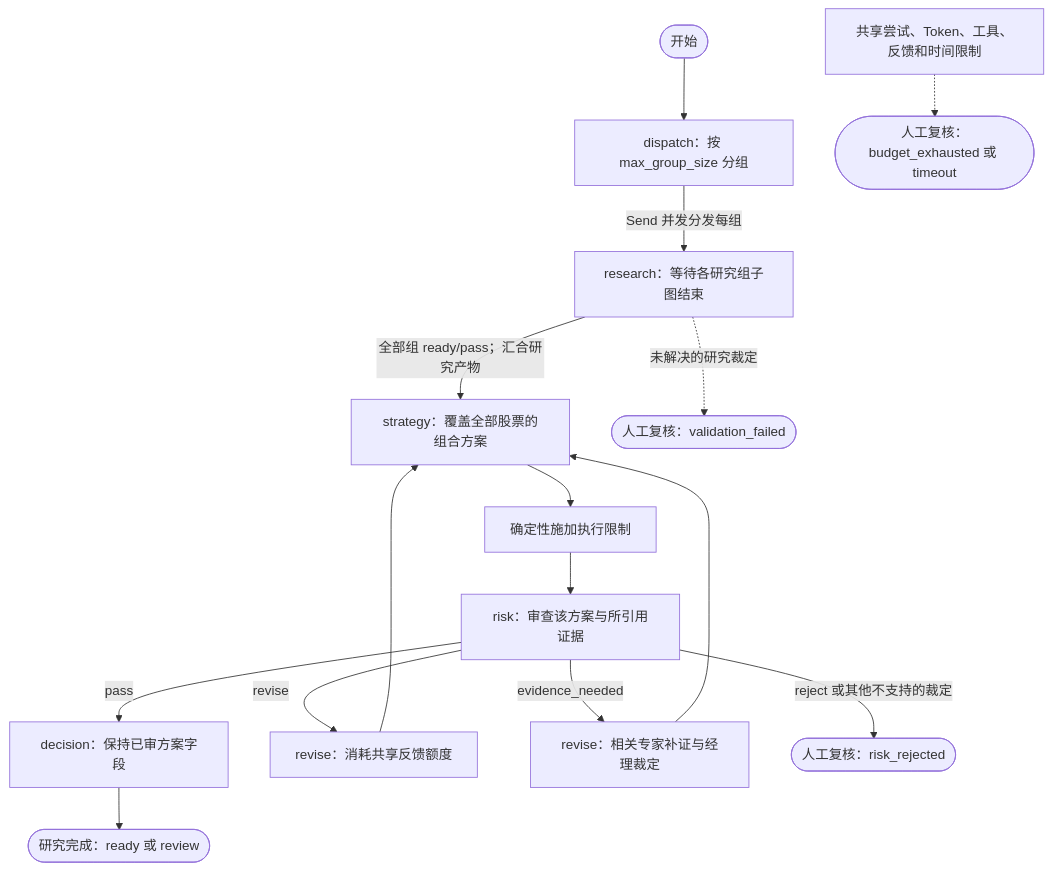
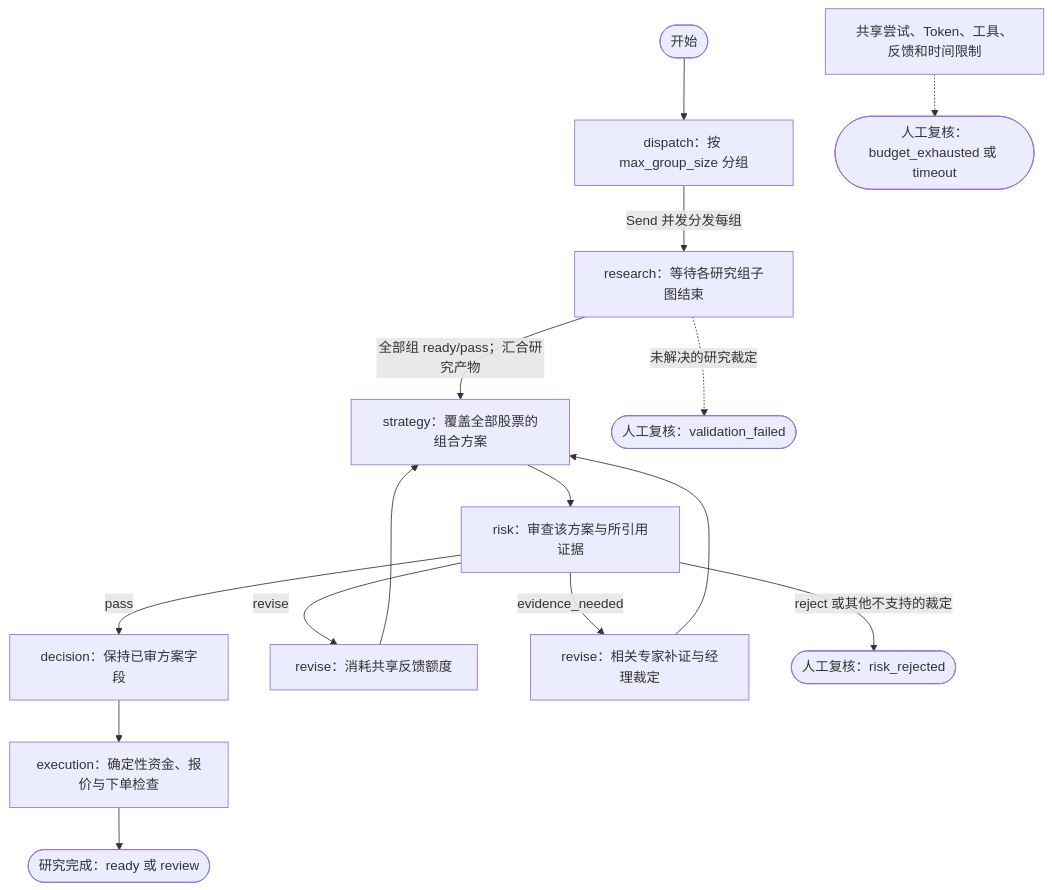
The second of 5 diagrams in packages/pan-investment-research/README.zh-CN.md (TNT-Likely/PanWatch), drawn with Mermaid before and after one commit. The commit also changed other lines of this file and 47 other files, not shown here.

````diff
--- a/packages/pan-investment-research/README.zh-CN.md
+++ b/packages/pan-investment-research/README.zh-CN.md
@@ -84,18 +84,18 @@
 ```mermaid
 flowchart TD
     START(["开始"]) --> DISPATCH["dispatch：按 max_group_size 分组"]
     DISPATCH -->|"Send 并发分发每组"| RESEARCH["research：等待各研究组子图结束"]
     RESEARCH -->|"全部组 ready/pass；汇合研究产物"| STRATEGY["strategy：覆盖全部股票的组合方案"]
-    STRATEGY --> CONSTRAINTS["确定性施加执行限制"]
-    CONSTRAINTS --> RISK["risk：审查该方案与所引用证据"]
+    STRATEGY --> RISK["risk：审查该方案与所引用证据"]
     RISK -->|"pass"| DECISION["decision：保持已审方案字段"]
-    DECISION --> COMPLETE(["研究完成：ready 或 review"])
+    DECISION --> EXECUTION["execution：确定性资金、报价与下单检查"]
+    EXECUTION --> COMPLETE(["研究完成：ready 或 review"])
     RISK -->|"revise"| REVISE["revise：消耗共享反馈额度"]
     REVISE --> STRATEGY
     RISK -->|"evidence_needed"| PATCH["revise：相关专家补证与经理裁定"]
     PATCH --> STRATEGY
     RISK -->|"reject 或其他不支持的裁定"| REJECT(["人工复核：risk_rejected"])
     RESEARCH -.->|"未解决的研究裁定"| INVALID(["人工复核：validation_failed"])
     GUARD["共享尝试、Token、工具、反馈和时间限制"]
     GUARD -.-> STOP(["人工复核：budget_exhausted 或 timeout"])
 ```
````
